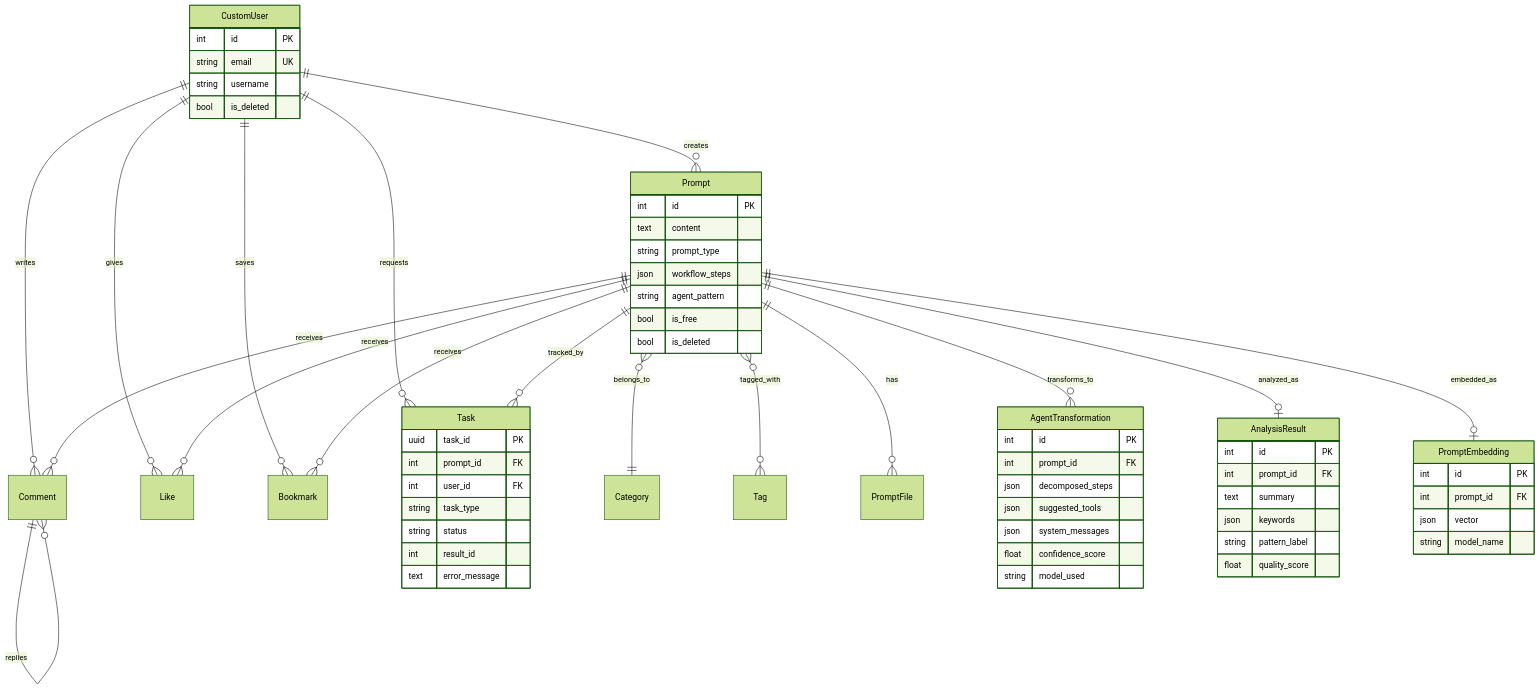
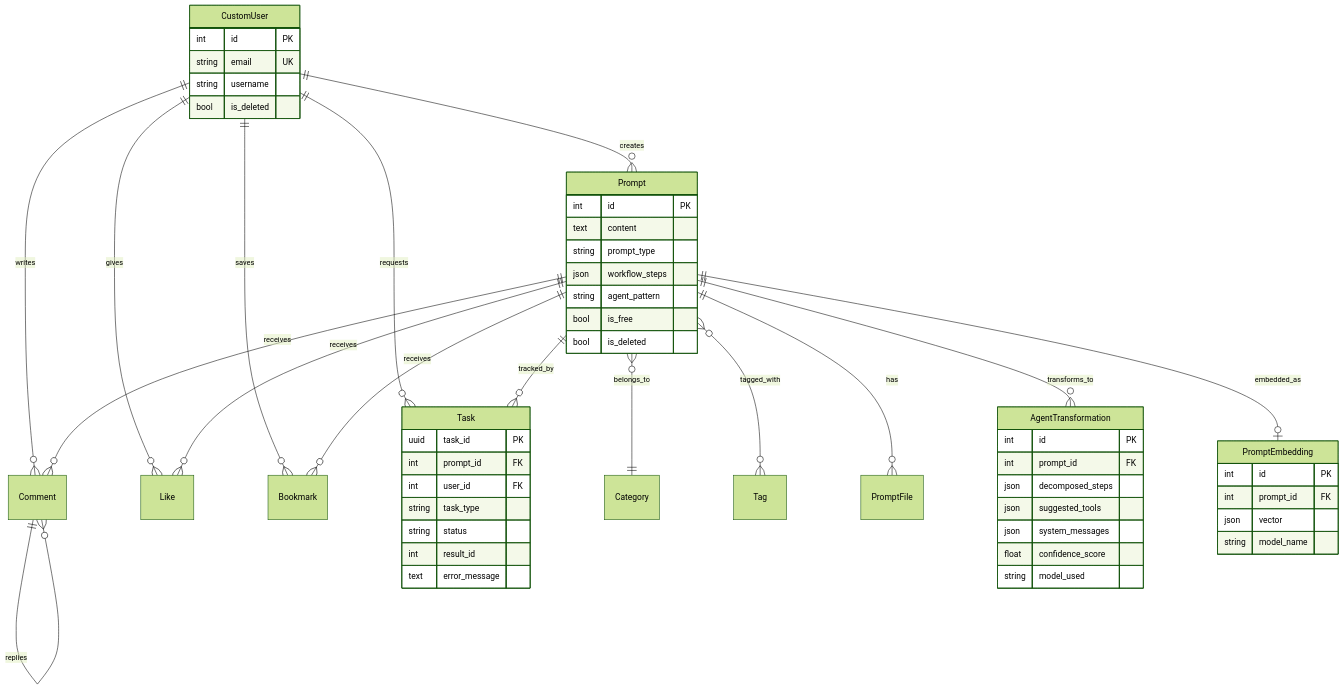
The second of 3 diagrams in docs/phases/DATA_MODEL_BY_PHASE.md (soyoungflow/Promptory), drawn with Mermaid (forest theme) before and after one commit. The commit also changed other lines of this file and 12 other files, not shown here.

````diff
--- a/docs/phases/DATA_MODEL_BY_PHASE.md
+++ b/docs/phases/DATA_MODEL_BY_PHASE.md
@@ -109,75 +109,65 @@
 ```mermaid
 erDiagram
   CustomUser ||--o{ Prompt : creates
   CustomUser ||--o{ Comment : writes
   CustomUser ||--o{ Like : gives
   CustomUser ||--o{ Bookmark : saves
   CustomUser ||--o{ Task : requests
 
   Prompt }o--|| Category : belongs_to
   Prompt }o--o{ Tag : tagged_with
   Prompt ||--o{ PromptFile : has
   Prompt ||--o{ Comment : receives
   Prompt ||--o{ Like : receives
   Prompt ||--o{ Bookmark : receives
 
   Prompt ||--o{ AgentTransformation : transforms_to
-  Prompt ||--o| AnalysisResult : analyzed_as
   Prompt ||--o| PromptEmbedding : embedded_as
   Prompt ||--o{ Task : tracked_by
 
   Comment ||--o{ Comment : replies
 
   CustomUser {
     int id PK
     string email UK
     string username
     bool is_deleted
   }
 
   Prompt {
     int id PK
     text content
     string prompt_type
     json workflow_steps
     string agent_pattern
     bool is_free
     bool is_deleted
   }
 
   AgentTransformation {
     int id PK
     int prompt_id FK
     json decomposed_steps
     json suggested_tools
     json system_messages
     float confidence_score
     string model_used
   }
 
-  AnalysisResult {
-    int id PK
-    int prompt_id FK
-    text summary
-    json keywords
-    string pattern_label
-    float quality_score
-  }
-
   PromptEmbedding {
     int id PK
     int prompt_id FK
     json vector
     string model_name
   }
 
   Task {
     uuid task_id PK
     int prompt_id FK
     int user_id FK
     string task_type
     string status
     int result_id
     text error_message
   }
 ```
````
